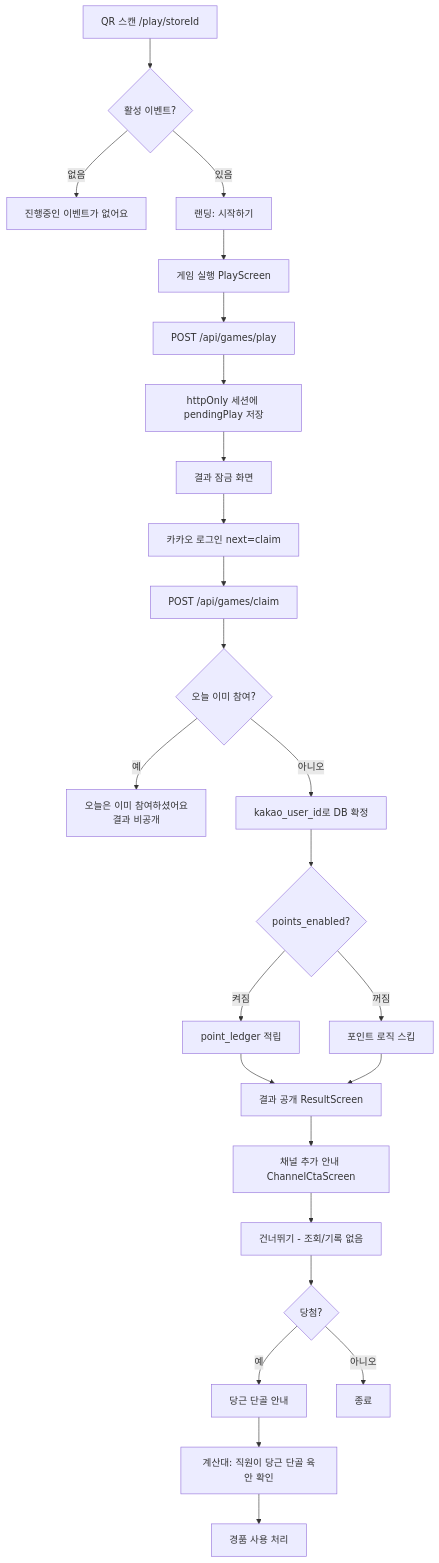
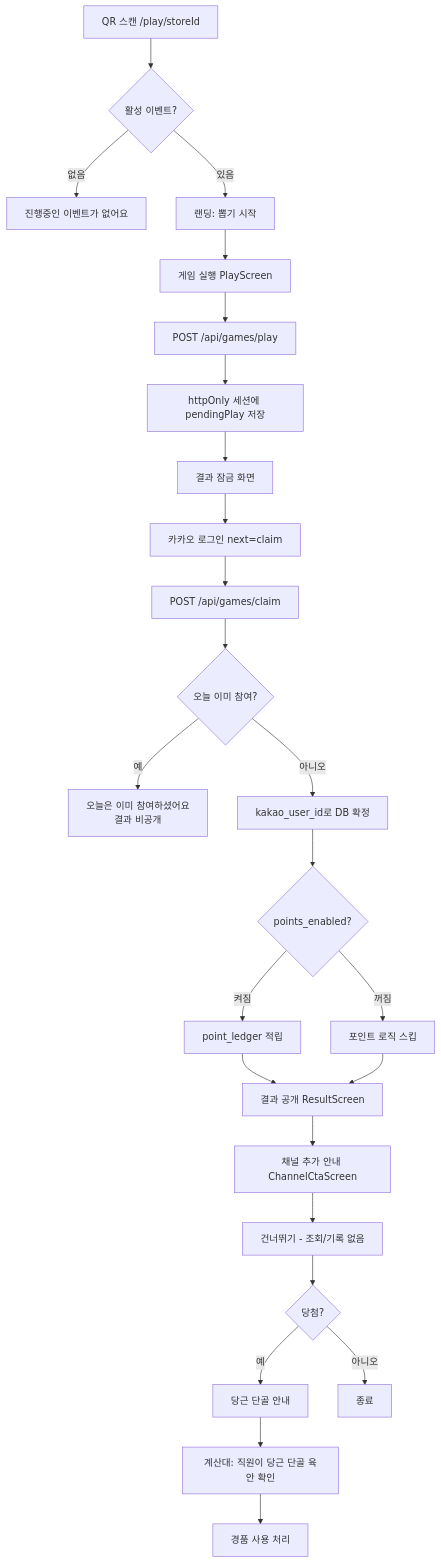
Before and after one commit to yunkangro-sudo/roulette-marketing-: the diagram in docs/손님여정_프로세스_v2.md, drawn with Mermaid. The commit also changed other lines of this file and 12 other files, not shown here.

````diff
--- a/docs/손님여정_프로세스_v2.md
+++ b/docs/손님여정_프로세스_v2.md
@@ -152,27 +152,27 @@
 ```mermaid
 flowchart TD
   QR[QR 스캔 /play/storeId] --> Active{활성 이벤트?}
   Active -->|없음| NoEvent[진행중인 이벤트가 없어요]
-  Active -->|있음| Landing[랜딩: 시작하기]
+  Active -->|있음| Landing[랜딩: 뽑기 시작]
   Landing --> Play[게임 실행 PlayScreen]
   Play --> Draw[POST /api/games/play]
   Draw --> Session[httpOnly 세션에 pendingPlay 저장]
   Session --> Locked[결과 잠금 화면]
   Locked --> Kakao[카카오 로그인 next=claim]
   Kakao --> Claim[POST /api/games/claim]
   Claim --> Once{오늘 이미 참여?}
   Once -->|예| Already[오늘은 이미 참여하셨어요<br/>결과 비공개]
   Once -->|아니오| Persist[kakao_user_id로 DB 확정]
   Persist --> Points{points_enabled?}
   Points -->|켜짐| Ledger[point_ledger 적립]
   Points -->|꺼짐| SkipPts[포인트 로직 스킵]
   Ledger --> Reveal[결과 공개 ResultScreen]
   SkipPts --> Reveal
   Reveal --> Channel[채널 추가 안내 ChannelCtaScreen]
   Channel --> Skip[건너뛰기 - 조회/기록 없음]
   Skip --> Win{당첨?}
   Win -->|예| Danggeun[당근 단골 안내]
   Win -->|아니오| End1[종료]
   Danggeun --> Counter[계산대: 직원이 당근 단골 육안 확인]
   Counter --> End2[경품 사용 처리]
 ```
````
